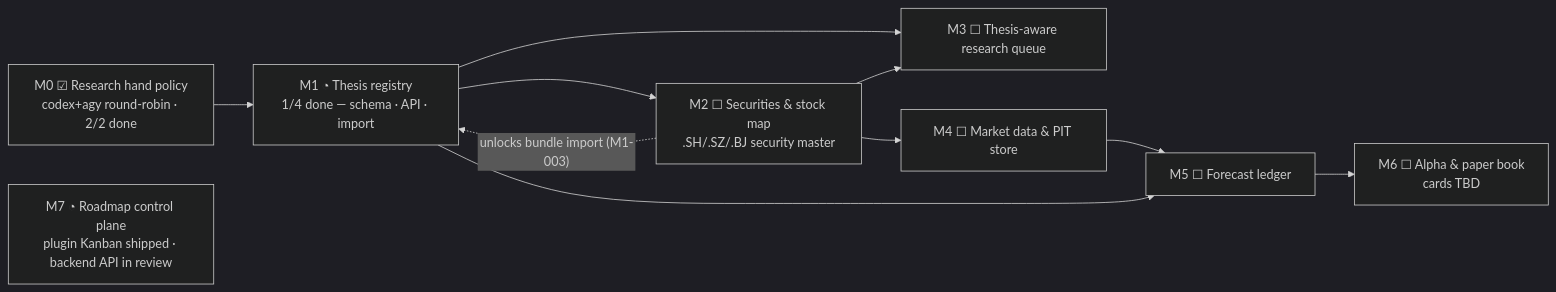
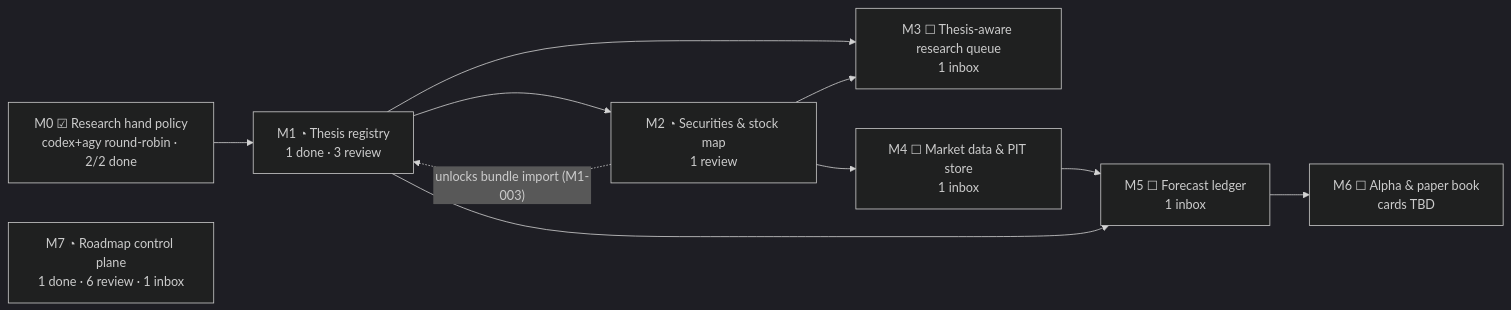
Before and after one commit to dmquant/institute-one: the diagram in roadmap/README.md, drawn with Mermaid (dark theme). The commit also changed other lines of this file and 13 other files, not shown here.

Commit message:
Finish thesis and roadmap reconciliation

````diff
--- a/roadmap/README.md
+++ b/roadmap/README.md
@@ -33,16 +33,16 @@
 ```mermaid
 flowchart LR
     M0["M0 ☑ Research hand policy<br/>codex+agy round-robin · 2/2 done"]
-    M1["M1 ◔ Thesis registry<br/>1/4 done — schema · API · import"]
-    M2["M2 ☐ Securities & stock map<br/>.SH/.SZ/.BJ security master"]
-    M3["M3 ☐ Thesis-aware research queue"]
-    M4["M4 ☐ Market data & PIT store"]
-    M5["M5 ☐ Forecast ledger"]
+    M1["M1 ◔ Thesis registry<br/>1 done · 3 review"]
+    M2["M2 ◔ Securities & stock map<br/>1 review"]
+    M3["M3 ☐ Thesis-aware research queue<br/>1 inbox"]
+    M4["M4 ☐ Market data & PIT store<br/>1 inbox"]
+    M5["M5 ☐ Forecast ledger<br/>1 inbox"]
     M6["M6 ☐ Alpha & paper book<br/>cards TBD"]
-    M7["M7 ◔ Roadmap control plane<br/>plugin Kanban shipped · backend API in review"]
+    M7["M7 ◔ Roadmap control plane<br/>1 done · 6 review · 1 inbox"]
     M0 --> M1 --> M2
     M2 -. "unlocks bundle import (M1-003)" .-> M1
     M1 & M2 --> M3
     M2 --> M4 --> M5 --> M6
     M1 --> M5
 ```
````
